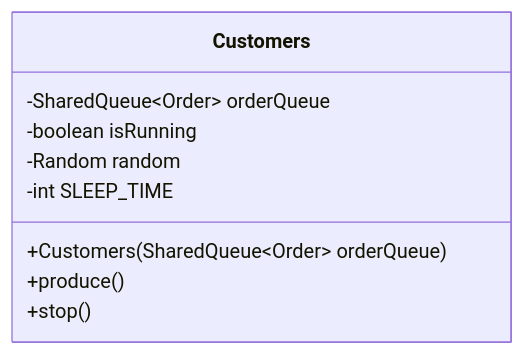
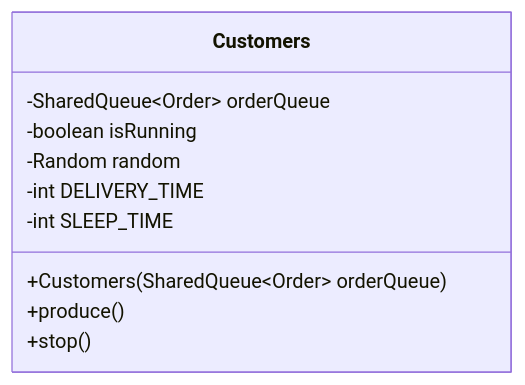
The diagram in Task_2_2_1/src/main/resources/Customers.mmd (dTolmachev1/OOP), drawn with Mermaid before and after one commit. The commit also changed 14 other files, not shown here.

```diff
--- a/Task_2_2_1/src/main/resources/Customers.mmd
+++ b/Task_2_2_1/src/main/resources/Customers.mmd
@@ -1,10 +1,11 @@
 classDiagram
     class Customers {
         -SharedQueue~Order~ orderQueue
         -boolean isRunning
         -Random random
+        -int DELIVERY_TIME
         -int SLEEP_TIME
         +Customers(SharedQueue~Order~ orderQueue)
         +produce()
         +stop()
     }
```
